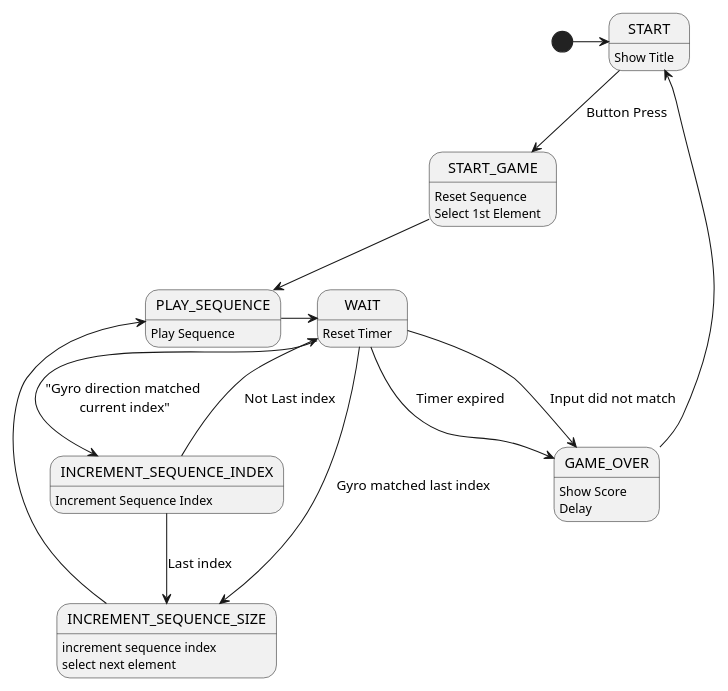
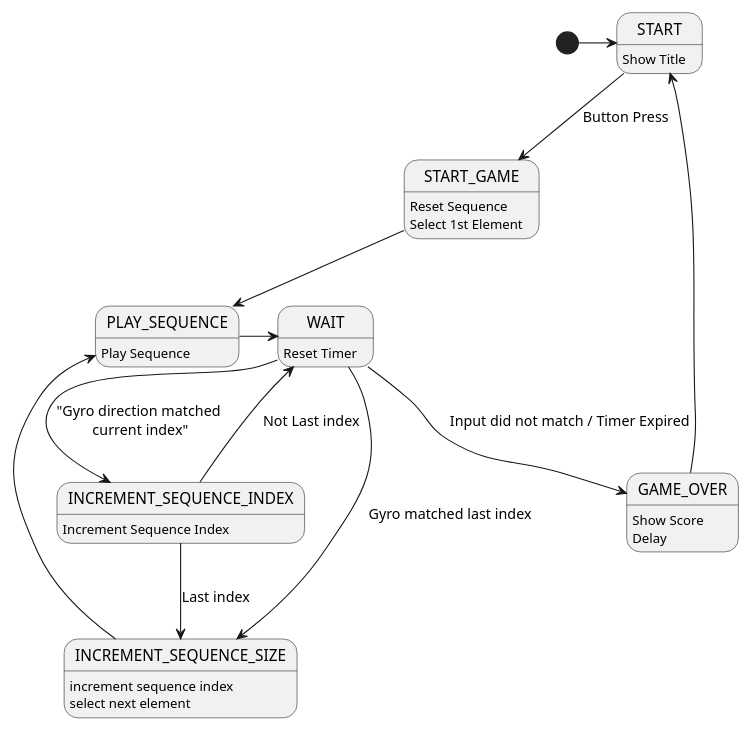
The diagram in week4/gyroStateDiag.iuml (tnhabib/making_embedded_systems), drawn with PlantUML before and after one commit.

```diff
--- a/week4/gyroStateDiag.iuml
+++ b/week4/gyroStateDiag.iuml
@@ -2,27 +2,26 @@
 @startuml
 scale 600 width
 
 [*] -> START
 START: Show Title
 START --> START_GAME : Button Press
 START_GAME: Reset Sequence
 START_GAME: Select 1st Element
 START_GAME --> PLAY_SEQUENCE
 PLAY_SEQUENCE: Play Sequence
 PLAY_SEQUENCE-> WAIT
 WAIT: Reset Timer
-WAIT --> GAME_OVER : Input did not match
-WAIT --> GAME_OVER : Timer expired
+WAIT --> GAME_OVER : Input did not match / Timer Expired
 GAME_OVER: Show Score
 GAME_OVER: Delay
 GAME_OVER-> START
 WAIT-->INCREMENT_SEQUENCE_INDEX: "Gyro direction matched\n current index"
 WAIT-->INCREMENT_SEQUENCE_SIZE: Gyro matched last index
 INCREMENT_SEQUENCE_INDEX: Increment Sequence Index
 INCREMENT_SEQUENCE_INDEX-> WAIT: Not Last index
 INCREMENT_SEQUENCE_INDEX--> INCREMENT_SEQUENCE_SIZE: Last index
 INCREMENT_SEQUENCE_SIZE: increment sequence index
 INCREMENT_SEQUENCE_SIZE: select next element
 INCREMENT_SEQUENCE_SIZE-> PLAY_SEQUENCE
 
 @end_uml
```
